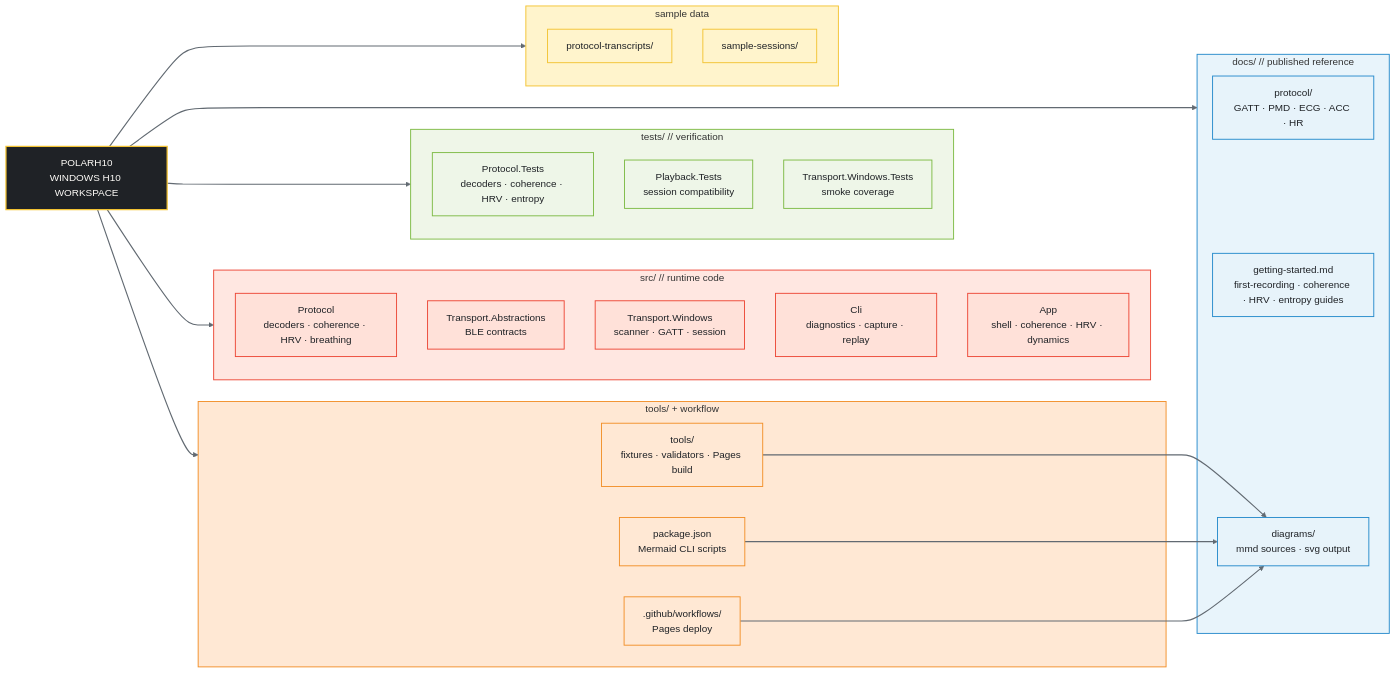
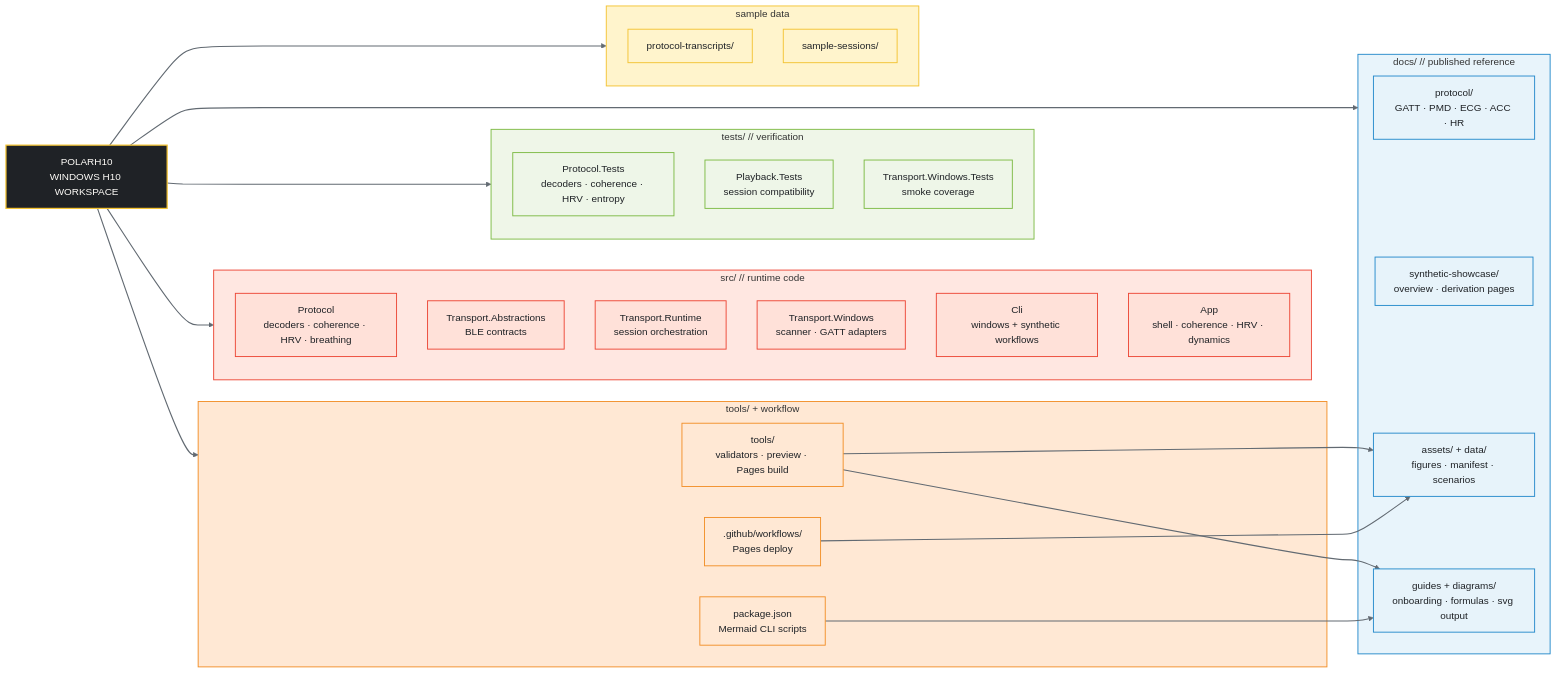
Before and after one commit to MesmerPrism/PolarH10: the first of 3 diagrams in README.md, drawn with Mermaid. The commit also changed other lines of this file and 159 other files, not shown here.

Commit message:
Add synthetic showcase publication workflow

````diff
--- a/README.md
+++ b/README.md
@@ -221,64 +236,67 @@
 ```mermaid
 flowchart LR
     R["POLARH10<br/>WINDOWS H10 WORKSPACE"]
 
     subgraph Source["src/ // runtime code"]
         P1["Protocol<br/>decoders · coherence · HRV · breathing"]
         P2["Transport.Abstractions<br/>BLE contracts"]
-        P3["Transport.Windows<br/>scanner · GATT · session"]
-        P4["Cli<br/>diagnostics · capture · replay"]
-        P5["App<br/>shell · coherence · HRV · dynamics"]
+        P3["Transport.Runtime<br/>session orchestration"]
+        P4["Transport.Windows<br/>scanner · GATT adapters"]
+        P5["Cli<br/>windows + synthetic workflows"]
+        P6["App<br/>shell · coherence · HRV · dynamics"]
     end
 
     subgraph Tests["tests/ // verification"]
         T1["Protocol.Tests<br/>decoders · coherence · HRV · entropy"]
         T2["Playback.Tests<br/>session compatibility"]
         T3["Transport.Windows.Tests<br/>smoke coverage"]
     end
 
     subgraph Docs["docs/ // published reference"]
         D1["protocol/<br/>GATT · PMD · ECG · ACC · HR"]
-        D2["getting-started.md<br/>first-recording · coherence · HRV · entropy guides"]
-        D3["diagrams/<br/>mmd sources · svg output"]
+        D2["synthetic-showcase/<br/>overview · derivation pages"]
+        D3["assets/ + data/<br/>figures · manifest · scenarios"]
+        D4["guides + diagrams/<br/>onboarding · formulas · svg output"]
     end
 
     subgraph Tooling["tools/ + workflow"]
-        TL1["tools/<br/>fixtures · validators · Pages build"]
+        TL1["tools/<br/>validators · preview · Pages build"]
         TL2["package.json<br/>Mermaid CLI scripts"]
         TL3[".github/workflows/<br/>Pages deploy"]
     end
 
     subgraph Samples["sample data"]
         S1["protocol-transcripts/"]
         S2["sample-sessions/"]
     end
 
     R --> Source
     R --> Tests
     R --> Docs
     R --> Tooling
     R --> Samples
+    TL1 --> D4
     TL1 --> D3
-    TL2 --> D3
+    TL2 --> D4
     TL3 --> D3
 
     style Source fill:#FFE7E1,stroke:#EC4736,stroke-width:1.5px;
     style Tests fill:#EFF6E8,stroke:#7DBA44,stroke-width:1.5px;
     style Docs fill:#E8F4FB,stroke:#258ACB,stroke-width:1.5px;
     style Tooling fill:#FFE8D4,stroke:#F28F28,stroke-width:1.5px;
     style Samples fill:#FFF4CC,stroke:#F3C333,stroke-width:1.5px;
 
     classDef hub fill:#1F2226,stroke:#F3C333,color:#FFFDF9,stroke-width:2px;
     classDef source fill:#FFE1D9,stroke:#EC4736,color:#1F2226,stroke-width:1.5px;
     classDef tests fill:#EEF6E8,stroke:#7DBA44,color:#1F2226,stroke-width:1.5px;
     classDef docs fill:#E7F3FA,stroke:#258ACB,color:#1F2226,stroke-width:1.5px;
     classDef tooling fill:#FFE8D4,stroke:#F28F28,color:#1F2226,stroke-width:1.5px;
     classDef sample fill:#FFF4CC,stroke:#F3C333,color:#1F2226,stroke-width:1.5px;
     class R hub;
-    class P1,P2,P3,P4,P5 source;
+    class P1,P2,P3,P4,P5,P6 source;
     class T1,T2,T3 tests;
-    class D1,D2,D3 docs;
+    class D1,D2,D3,D4 docs;
     class TL1,TL2,TL3 tooling;
     class S1,S2 sample;
     linkStyle default stroke:#626A72,stroke-width:1.8px;
 ```
````
